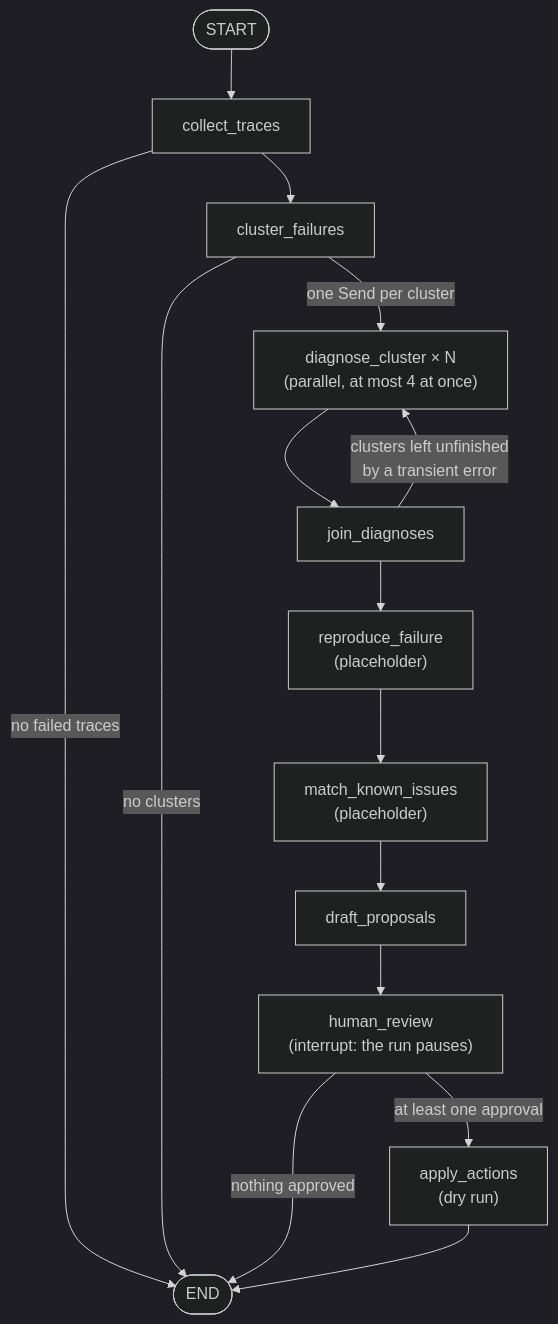
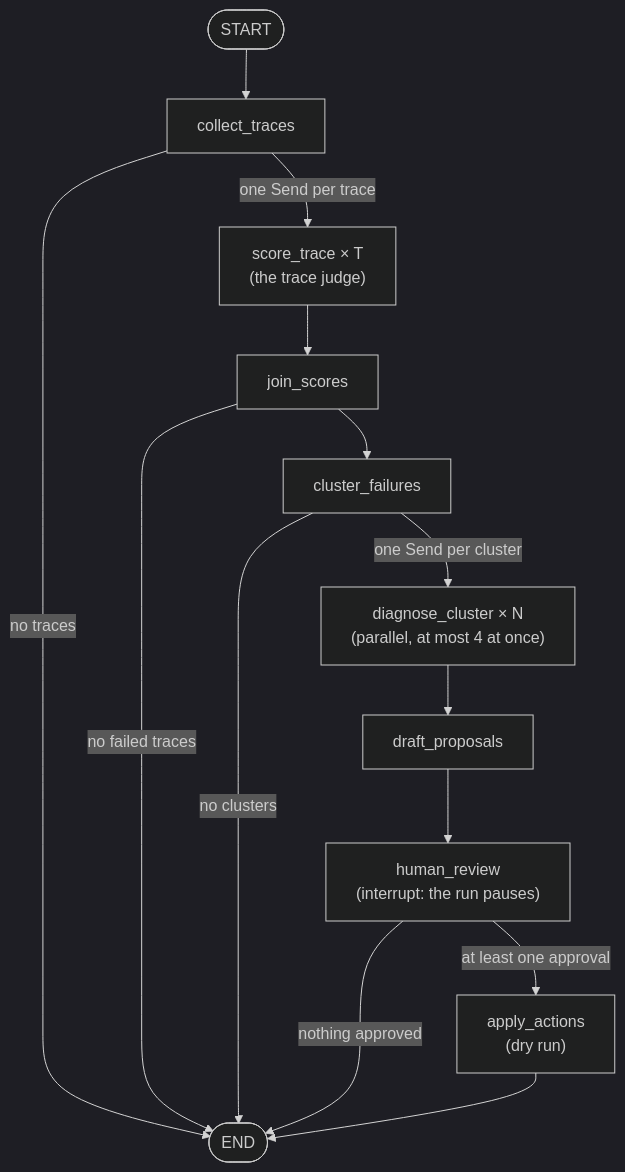
One commit to Nelev/tracescan changed the fourth of 5 diagrams in README.md. Above: the diagram before and after it, drawn with Mermaid (dark theme). The commit also changed other lines of this file and 24 other files, not shown here.

First line of the commit message:
refactor: simplify the diagnoser's retries, the graph and the run store

````diff
--- a/README.md
+++ b/README.md
@@ -228,17 +228,16 @@
 ```mermaid
 flowchart TD
     start([START]) --> collect[collect_traces]
-    collect -- "no failed traces" --> stop([END])
-    collect --> cluster[cluster_failures]
+    collect -- "no traces" --> stop([END])
+    collect -- "one Send per trace" --> judge["score_trace × T<br/>(the trace judge)"]
+    judge --> joins[join_scores]
+    joins -- "no failed traces" --> stop
+    joins --> cluster[cluster_failures]
     cluster -- "no clusters" --> stop
     cluster -- "one Send per cluster" --> diagnose["diagnose_cluster × N<br/>(parallel, at most 4 at once)"]
-    diagnose --> join[join_diagnoses]
-    join -- "clusters left unfinished<br/>by a transient error" --> diagnose
-    join --> repro["reproduce_failure<br/>(placeholder)"]
-    repro --> known["match_known_issues<br/>(placeholder)"]
-    known --> draft[draft_proposals]
+    diagnose --> draft[draft_proposals]
     draft --> review["human_review<br/>(interrupt: the run pauses)"]
     review -- "nothing approved" --> stop
     review -- "at least one approval" --> apply["apply_actions<br/>(dry run)"]
     apply --> stop
 ```
````
